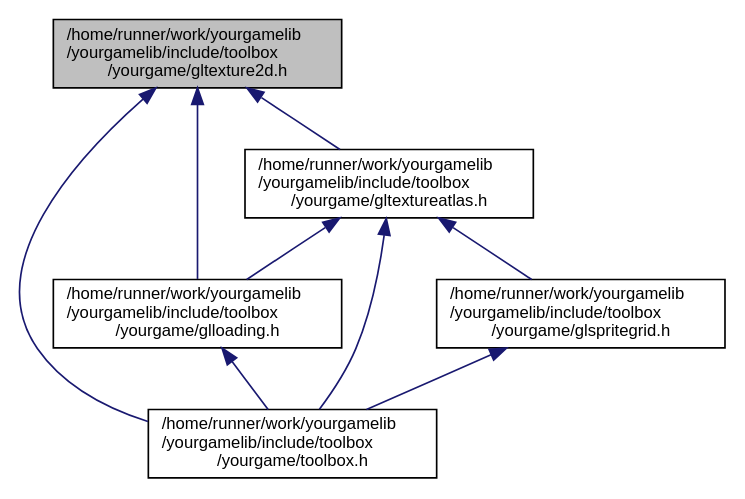
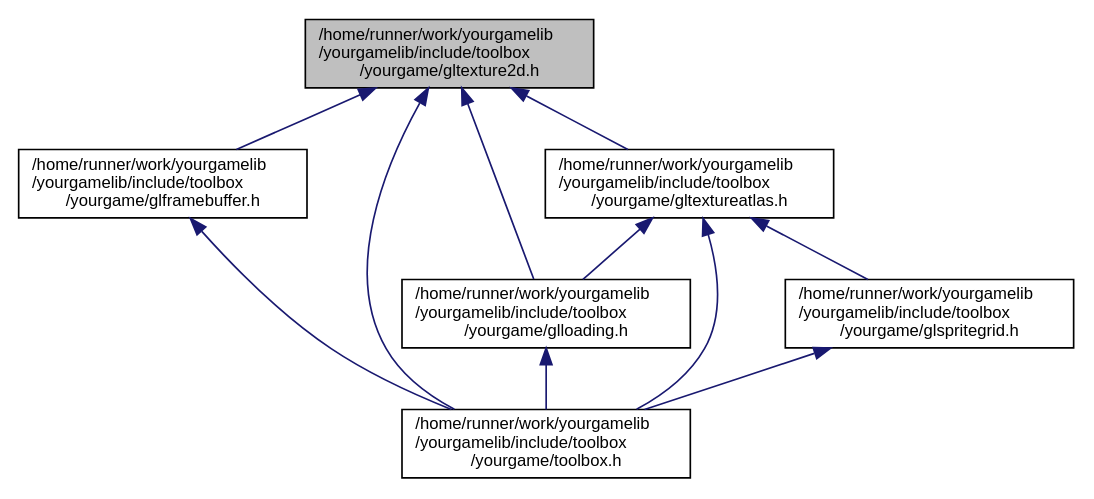
Before and after one commit to duddel/yourgamelib: the diagram in gltexture2d_8h__dep__incl.dot, drawn with Graphviz. The commit also changed 75 other files, not shown here.

```diff
--- a/gltexture2d_8h__dep__incl.dot
+++ b/gltexture2d_8h__dep__incl.dot
@@ -1,18 +1,21 @@
 digraph "/home/runner/work/yourgamelib/yourgamelib/include/toolbox/yourgame/gltexture2d.h"
 {
   edge [fontname="Helvetica",fontsize="10",labelfontname="Helvetica",labelfontsize="10"];
   node [fontname="Helvetica",fontsize="10",shape=record];
   Node4 [label="/home/runner/work/yourgamelib\l/yourgamelib/include/toolbox\l/yourgame/gltexture2d.h",height=0.2,width=0.4,color="black", fillcolor="grey75", style="filled", fontcolor="black"];
   Node4 -> Node5 [dir="back",color="midnightblue",fontsize="10",style="solid",fontname="Helvetica"];
-  Node5 [label="/home/runner/work/yourgamelib\l/yourgamelib/include/toolbox\l/yourgame/glloading.h",height=0.2,width=0.4,color="black", fillcolor="white", style="filled",URL="$glloading_8h.html"];
+  Node5 [label="/home/runner/work/yourgamelib\l/yourgamelib/include/toolbox\l/yourgame/glframebuffer.h",height=0.2,width=0.4,color="black", fillcolor="white", style="filled",URL="$glframebuffer_8h.html"];
   Node5 -> Node6 [dir="back",color="midnightblue",fontsize="10",style="solid",fontname="Helvetica"];
   Node6 [label="/home/runner/work/yourgamelib\l/yourgamelib/include/toolbox\l/yourgame/toolbox.h",height=0.2,width=0.4,color="black", fillcolor="white", style="filled",URL="$toolbox_8h.html"];
   Node4 -> Node7 [dir="back",color="midnightblue",fontsize="10",style="solid",fontname="Helvetica"];
-  Node7 [label="/home/runner/work/yourgamelib\l/yourgamelib/include/toolbox\l/yourgame/gltextureatlas.h",height=0.2,width=0.4,color="black", fillcolor="white", style="filled",URL="$gltextureatlas_8h.html"];
-  Node7 -> Node5 [dir="back",color="midnightblue",fontsize="10",style="solid",fontname="Helvetica"];
-  Node7 -> Node8 [dir="back",color="midnightblue",fontsize="10",style="solid",fontname="Helvetica"];
-  Node8 [label="/home/runner/work/yourgamelib\l/yourgamelib/include/toolbox\l/yourgame/glspritegrid.h",height=0.2,width=0.4,color="black", fillcolor="white", style="filled",URL="$glspritegrid_8h.html"];
+  Node7 [label="/home/runner/work/yourgamelib\l/yourgamelib/include/toolbox\l/yourgame/glloading.h",height=0.2,width=0.4,color="black", fillcolor="white", style="filled",URL="$glloading_8h.html"];
+  Node7 -> Node6 [dir="back",color="midnightblue",fontsize="10",style="solid",fontname="Helvetica"];
+  Node4 -> Node8 [dir="back",color="midnightblue",fontsize="10",style="solid",fontname="Helvetica"];
+  Node8 [label="/home/runner/work/yourgamelib\l/yourgamelib/include/toolbox\l/yourgame/gltextureatlas.h",height=0.2,width=0.4,color="black", fillcolor="white", style="filled",URL="$gltextureatlas_8h.html"];
+  Node8 -> Node7 [dir="back",color="midnightblue",fontsize="10",style="solid",fontname="Helvetica"];
+  Node8 -> Node9 [dir="back",color="midnightblue",fontsize="10",style="solid",fontname="Helvetica"];
+  Node9 [label="/home/runner/work/yourgamelib\l/yourgamelib/include/toolbox\l/yourgame/glspritegrid.h",height=0.2,width=0.4,color="black", fillcolor="white", style="filled",URL="$glspritegrid_8h.html"];
+  Node9 -> Node6 [dir="back",color="midnightblue",fontsize="10",style="solid",fontname="Helvetica"];
   Node8 -> Node6 [dir="back",color="midnightblue",fontsize="10",style="solid",fontname="Helvetica"];
-  Node7 -> Node6 [dir="back",color="midnightblue",fontsize="10",style="solid",fontname="Helvetica"];
   Node4 -> Node6 [dir="back",color="midnightblue",fontsize="10",style="solid",fontname="Helvetica"];
 }
```
